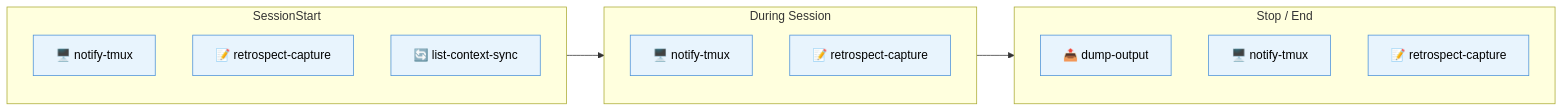
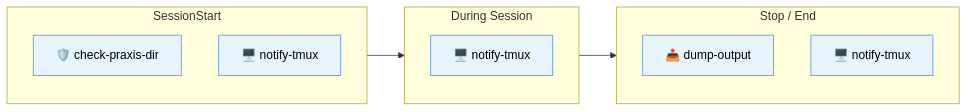
Before and after one commit to digital-stoic-org/agent-skills: the first of 2 diagrams in dstoic/hooks/README-full.md, drawn with Mermaid. The commit also changed other lines of this file and 13 other files, not shown here.

````diff
--- a/dstoic/hooks/README-full.md
+++ b/dstoic/hooks/README-full.md
@@ -14,25 +15,22 @@
 ```mermaid
 flowchart LR
     subgraph S1["SessionStart"]
+        A0["🛡️ check-praxis-dir"]
         A1["🖥️ notify-tmux"]
-        A2["📝 retrospect-capture"]
-        A3["🔄 list-context-sync"]
     end
 
     subgraph S2["During Session"]
         B1["🖥️ notify-tmux"]
-        B2["📝 retrospect-capture"]
     end
 
     subgraph S3["Stop / End"]
         C1["📤 dump-output"]
         C2["🖥️ notify-tmux"]
-        C3["📝 retrospect-capture"]
     end
 
     S1 --> S2 --> S3
 
     classDef hook fill:#E8F4FD,stroke:#4A90D9,color:#000
     classDef phase fill:#F0F0F0,stroke:#999,color:#000
-    class A1,A2,A3,B1,B2,C1,C2,C3 hook
+    class A0,A1,B1,C1,C2 hook
 ```
````
